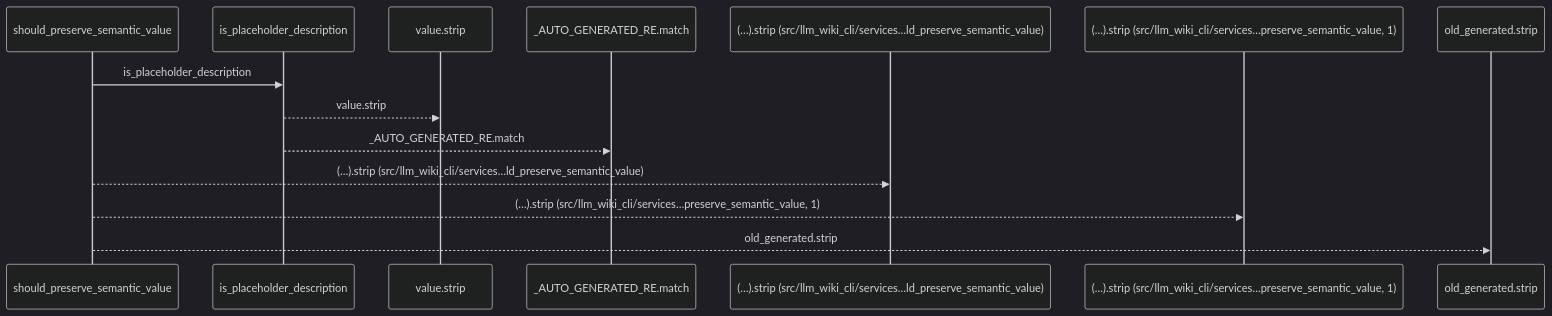
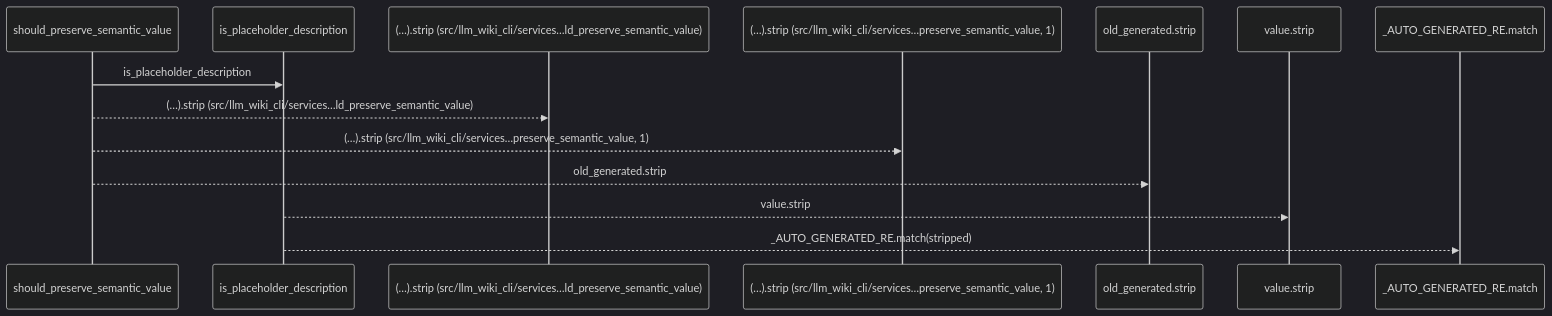
The first of 2 diagrams in docs/llm_wiki/flows/api-should_preserve_semantic_value.md (Denissvgn/python-wiki-llm), drawn with Mermaid (dark theme) before and after one commit. The commit also changed other lines of this file and 1410 other files, not shown here.

````diff
--- a/docs/llm_wiki/flows/api-should_preserve_semantic_value.md
+++ b/docs/llm_wiki/flows/api-should_preserve_semantic_value.md
@@ -10,16 +12,16 @@
 ```mermaid
 sequenceDiagram
     participant p0 as should_preserve_semantic_value
     participant p1 as is_placeholder_description
-    participant p2 as value.strip
-    participant p3 as _AUTO_GENERATED_RE.match
-    participant p4 as (…).strip (src/llm_wiki_cli/services…ld_preserve_semantic_value)
-    participant p5 as (…).strip (src/llm_wiki_cli/services…preserve_semantic_value, 1)
-    participant p6 as old_generated.strip
+    participant p2 as (…).strip (src/llm_wiki_cli/services…ld_preserve_semantic_value)
+    participant p3 as (…).strip (src/llm_wiki_cli/services…preserve_semantic_value, 1)
+    participant p4 as old_generated.strip
+    participant p5 as value.strip
+    participant p6 as _AUTO_GENERATED_RE.match
     p0->>p1: is_placeholder_description
-    p1-->>p2: value.strip
-    p1-->>p3: _AUTO_GENERATED_RE.match
-    p0-->>p4: (…).strip (src/llm_wiki_cli/services…ld_preserve_semantic_value)
-    p0-->>p5: (…).strip (src/llm_wiki_cli/services…preserve_semantic_value, 1)
-    p0-->>p6: old_generated.strip
+    p0-->>p2: (…).strip (src/llm_wiki_cli/services…ld_preserve_semantic_value)
+    p0-->>p3: (…).strip (src/llm_wiki_cli/services…preserve_semantic_value, 1)
+    p0-->>p4: old_generated.strip
+    p1-->>p5: value.strip
+    p1-->>p6: _AUTO_GENERATED_RE.match(stripped)
 ```
````
